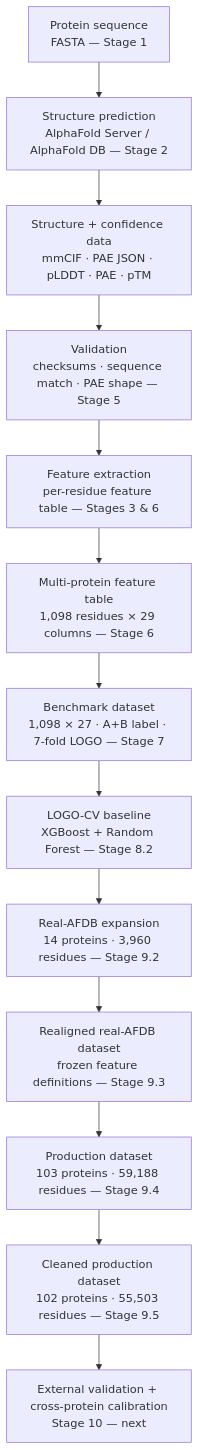
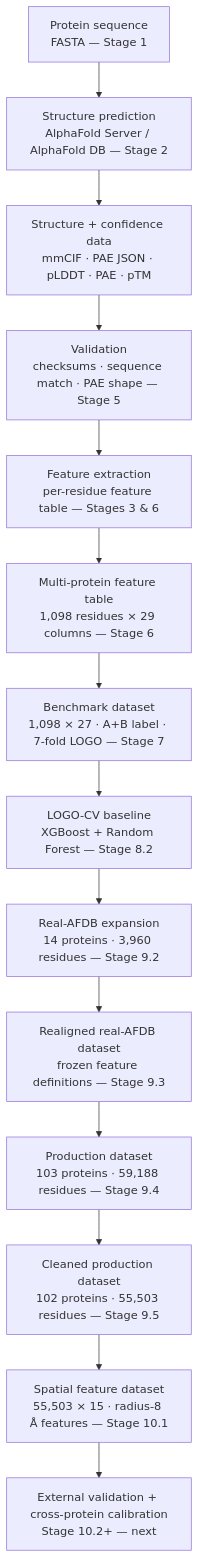
The diagram in README.md (kelvinchandradjayapranata-hue/ai-biotech), drawn with Mermaid before and after one commit. The commit also changed other lines of this file and 2 other files, not shown here.

````diff
--- a/README.md
+++ b/README.md
@@ -184,15 +209,16 @@
 ```mermaid
 flowchart TD
     A["Protein sequence<br/>FASTA — Stage 1"] --> B["Structure prediction<br/>AlphaFold Server / AlphaFold DB — Stage 2"]
     B --> C["Structure + confidence data<br/>mmCIF · PAE JSON · pLDDT · PAE · pTM"]
     C --> D["Validation<br/>checksums · sequence match · PAE shape — Stage 5"]
     D --> E["Feature extraction<br/>per-residue feature table — Stages 3 & 6"]
     E --> F["Multi-protein feature table<br/>1,098 residues × 29 columns — Stage 6"]
     F --> G["Benchmark dataset<br/>1,098 × 27 · A+B label · 7-fold LOGO — Stage 7"]
     G --> H["LOGO-CV baseline<br/>XGBoost + Random Forest — Stage 8.2"]
     H --> I["Real-AFDB expansion<br/>14 proteins · 3,960 residues — Stage 9.2"]
     I --> J["Realigned real-AFDB dataset<br/>frozen feature definitions — Stage 9.3"]
     J --> K["Production dataset<br/>103 proteins · 59,188 residues — Stage 9.4"]
     K --> K2["Cleaned production dataset<br/>102 proteins · 55,503 residues — Stage 9.5"]
-    K2 --> L["External validation + cross-protein calibration<br/>Stage 10 — next"]
+    K2 --> K3["Spatial feature dataset<br/>55,503 × 15 · radius-8 Å features — Stage 10.1"]
+    K3 --> L["External validation + cross-protein calibration<br/>Stage 10.2+ — next"]
 ```
````
